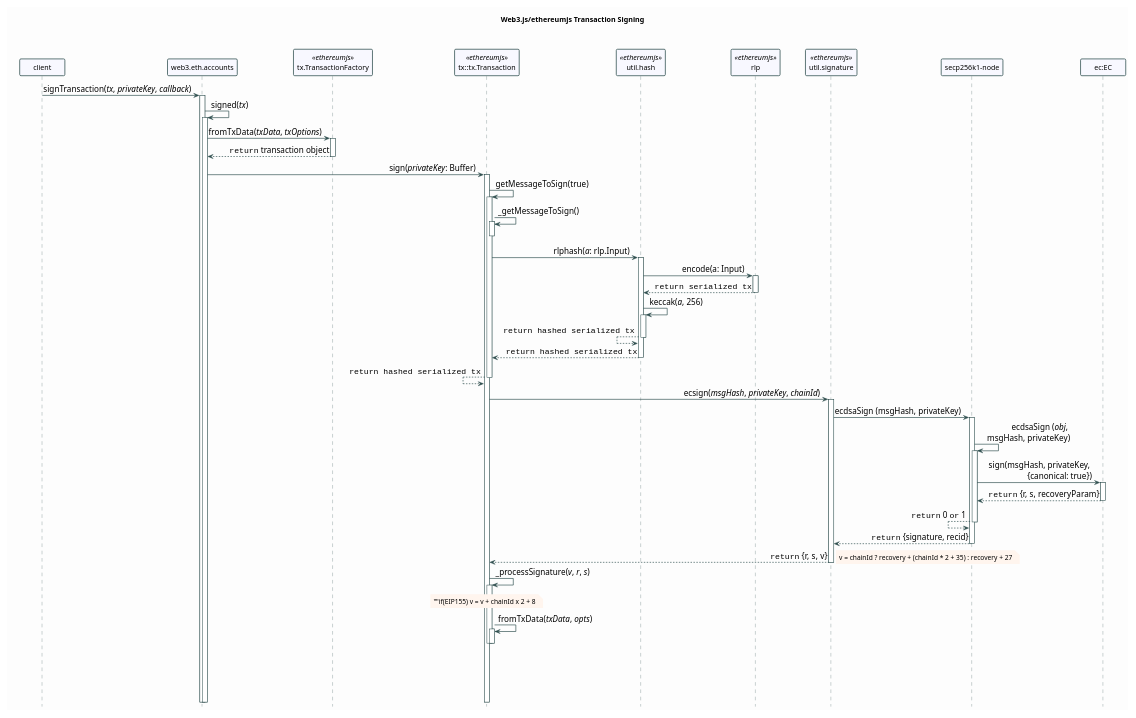
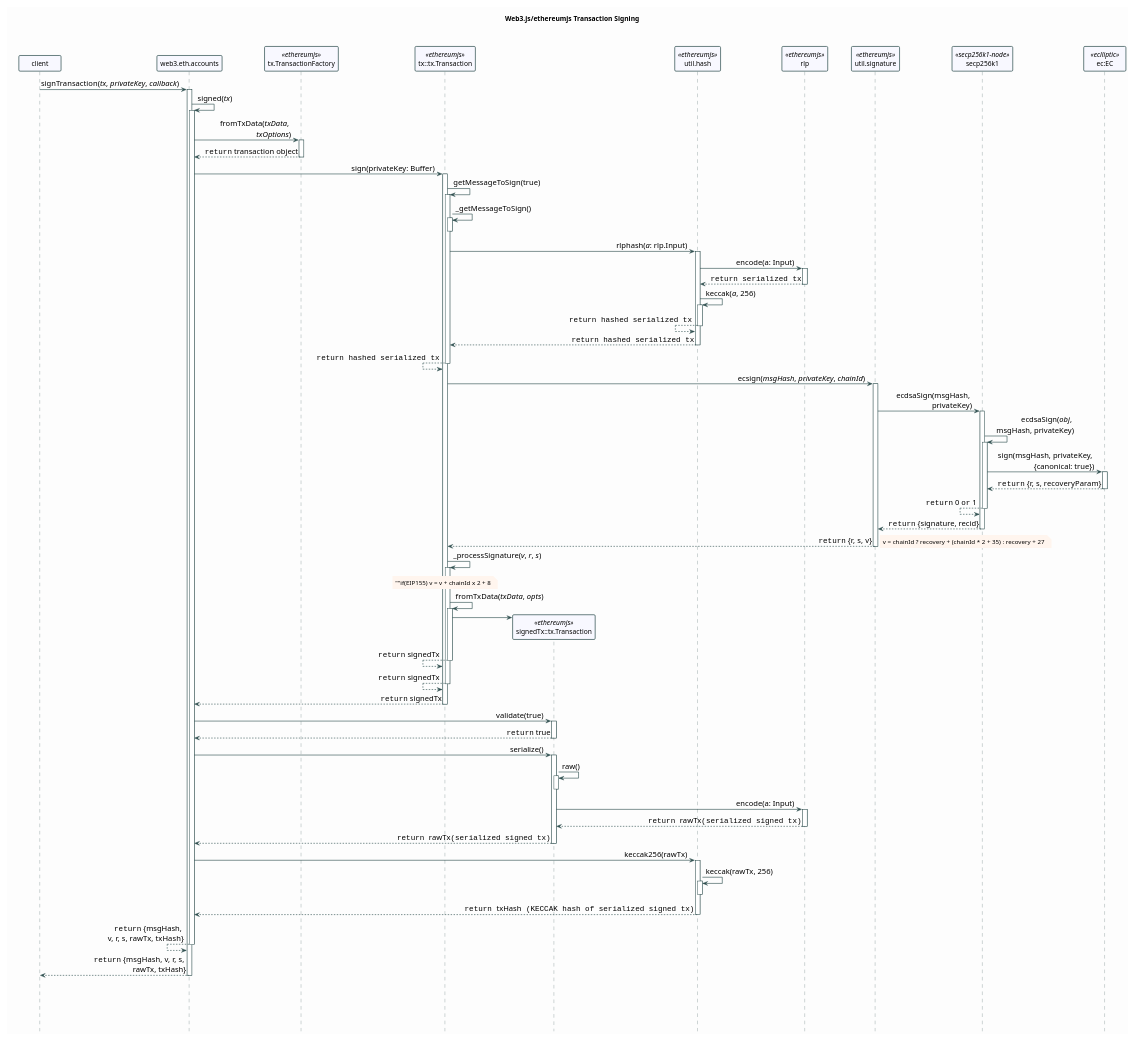
One commit to 3rdstage/models changed the first of 2 diagrams in blockchain/signing/transaction-signing-workflow-web3js.plantuml. Above: the diagram before and after it, drawn with PlantUML. The commit also changed 4 other files, not shown here.

```diff
--- a/blockchain/signing/transaction-signing-workflow-web3js.plantuml
+++ b/blockchain/signing/transaction-signing-workflow-web3js.plantuml
@@ -1,129 +1,149 @@
 @startuml
 
-' https://plantuml.com/class-diagram
-' https://plantuml.com/sequence-diagram
-' https://plantuml-documentation.readthedocs.io/en/latest/formatting/all-skin-params.html
-' https://plantuml-documentation.readthedocs.io/en/latest/formatting/all-skin-params.html#class
-' https://plantuml.com/creole
-' https://www.w3schools.com/colors/colors_names.asp
+' Useful references
+/'
+https://plantuml.com/class-diagram
+https://plantuml.com/sequence-diagram
+https://plantuml-documentation.readthedocs.io/en/latest/formatting/all-skin-params.html
+https://plantuml-documentation.readthedocs.io/en/latest/formatting/all-skin-params.html#class
+https://plantuml.com/creole
+https://www.w3schools.com/colors/colors_names.asp
+'/
 
 skinparam {
   'DefaultFontName Consolas
   DefaultFontName Monaco
   'DefaultFontName Lucida Console
   DefaultMonospacedFontName Consolas
   'DefaultFontStyle bold
 
   'BackgroundColor transparent
   BackgroundColor #fdfdfd
   PageMargin 10
   BoxPadding 100
   ParticipantPadding 20
 
   ArrowFontSize 16
   ArrowThickness 1
   MinClassWidth 75
   ClassFontStyle bold
 
   NoteBackgroundColor SeaShell
   NoteBorderColor transparent
   NoteShadowing false
 }
 
 
 skinparam Sequence{
 
   ParticipantFontName Consolas
   ArrowFontName Consolas
 
   DividerBorderThickness 1.5
   ReferenceBorderThickness 1.5
   MessageAlignment right
 
   ArrowColor DarkSlateGray
   ArrowThickness 1.3
   LifeLineBorderColor DarkSlateGray
   LifeLineBorderThickness 1.3
 
   ActorBorderColor DarkSlateGray
   ActorBackgroundColor GhostWhite
   ParticipantBorderColor DarkSlateGray
   ParticipantBorderThickness 1.5
   ParticipantBackgroundColor GhostWhite
 
   'BoxBackgroundColor transparent
   'BoxBorderColor transparent
 
   GroupBorderThickness 1.3
   GroupBorderColor DarkBlue
   GroupBodyBackgroundColor Azure
 }
 
 skinparam Group{
   BorderThickness 1.3
   BorderShadowing true
 }
 
 scale max 1536 width
 hide Circle
 hide Footbox
 title Web3.js/ethereumjs Transaction Signing\n\n
 'caption
 
 participant client
 participant "web3.eth.accounts" as accts
 participant "tx.TransactionFactory" as factory <<ethereumjs>>
 participant "tx::tx.Transaction" as tx <<ethereumjs>>
+participant "signedTx::tx.Transaction" as signedTx <<ethereumjs>>
 participant "util.hash" as hash <<ethereumjs>>
 participant "rlp" as rlp <<ethereumjs>>
 participant "util.signature" as signature <<ethereumjs>>
-participant "secp256k1-node" as secp256k1
-participant "ec:EC" as ec
+participant "secp256k1" as secp256k1 <<secp256k1-node>>
+participant "ec:EC" as ec <<eclliptic>>
 
 url of accts is [[https://github.com/ChainSafe/web3.js/blob/v1.7.0/packages/web3-eth-accounts/src/index.js]]
 url of factory is [[https://github.com/ethereumjs/ethereumjs-monorepo/blob/6e41fb32a4916cff53ec940d94e3c238f3c20d5f/packages/tx/src/transactionFactory.ts]]
 url of tx is [[https://github.com/ethereumjs/ethereumjs-monorepo/blob/6e41fb32a4916cff53ec940d94e3c238f3c20d5f/packages/tx/src/legacyTransaction.ts]]
+url of signedTx is [[https://github.com/ethereumjs/ethereumjs-monorepo/blob/6e41fb32a4916cff53ec940d94e3c238f3c20d5f/packages/tx/src/legacyTransaction.ts]]
 url of hash is [[https://github.com/ethereumjs/ethereumjs-monorepo/blob/6e41fb32a4916cff53ec940d94e3c238f3c20d5f/packages/util/src/hash.ts]]
 url of rlp is [[https://github.com/ethereumjs/rlp/blob/a0fc75b76e08939d9db5162640ba4363f6ce296e/src/index.ts]]
 url of signature is [[https://github.com/ethereumjs/ethereumjs-monorepo/blob/6e41fb32a4916cff53ec940d94e3c238f3c20d5f/packages/util/src/signature.ts]]
 url of secp256k1 is [[https://github.com/cryptocoinjs/secp256k1-node/tree/f73cd3a2b95ec6f549a2feabfbf2b8f17b30dcc7]]
 url of ec is [[https://github.com/indutny/elliptic/blob/43ac7f230069bd1575e1e4a58394a512303ba803/lib/elliptic/ec/index.js]]
 
 client -> accts ++ [[https://github.com/ChainSafe/web3.js/blob/v1.7.0/packages/web3-eth-accounts/src/index.js#L146]] : signTransaction(//tx//, //privateKey//, //callback//)
   accts -> accts ++ [[https://github.com/ChainSafe/web3.js/blob/v1.7.0/packages/web3-eth-accounts/src/index.js#L182]] : signed(//tx//)
-    accts -> factory ++ [[https://github.com/ethereumjs/ethereumjs-monorepo/blob/@ethereumjs/tx@3.3.2/packages/tx/src/transactionFactory.ts#L22]] : fromTxData(//txData//, //txOptions//)
+    accts -> factory ++ [[https://github.com/ethereumjs/ethereumjs-monorepo/blob/@ethereumjs/tx@3.3.2/packages/tx/src/transactionFactory.ts#L22]] : fromTxData(//txData//, \n//txOptions//)
       accts <-- factory -- : <font:courier>return</font> transaction object
-    accts -> tx ++ [[https://github.com/ethereumjs/ethereumjs-monorepo/blob/@ethereumjs/tx@3.3.2/packages/tx/src/baseTransaction.ts#L282]] : sign(//privateKey//: Buffer)
+    accts -> tx ++ [[https://github.com/ethereumjs/ethereumjs-monorepo/blob/@ethereumjs/tx@3.3.2/packages/tx/src/baseTransaction.ts#L282]] : sign(privateKey: Buffer)
       tx -> tx ++ [[https://github.com/ethereumjs/ethereumjs-monorepo/blob/6e41fb32a4916cff53ec940d94e3c238f3c20d5f/packages/tx/src/legacyTransaction.ts#L210]] : getMessageToSign(true)
         tx -> tx ++ [[https://github.com/ethereumjs/ethereumjs-monorepo/blob/6e41fb32a4916cff53ec940d94e3c238f3c20d5f/packages/tx/src/legacyTransaction.ts#L176]] : _getMessageToSign()
           tx --
         tx -> hash ++ [[https://github.com/ethereumjs/ethereumjs-monorepo/blob/6e41fb32a4916cff53ec940d94e3c238f3c20d5f/packages/util/src/hash.ts#L157]] : rlphash(//a//: rlp.Input)
           hash -> rlp ++ [[https://github.com/ethereumjs/rlp/blob/a0fc75b76e08939d9db5162640ba4363f6ce296e/src/index.ts#L14]] : encode(a: Input)
             hash <-- rlp -- : <font:courier>return serialized tx</font>
           hash -> hash ++ [[https://github.com/ethereumjs/ethereumjs-monorepo/blob/6e41fb32a4916cff53ec940d94e3c238f3c20d5f/packages/util/src/hash.ts#L12]] : keccak(//a//, 256)
             hash <-- hash -- : <font:courier>return hashed serialized tx</font>
           tx <-- hash -- : <font:courier>return hashed serialized tx</font>
         tx <-- tx -- : <font:courier>return hashed serialized tx</font>
       tx -> signature ++ [[https://github.com/ethereumjs/ethereumjs-monorepo/blob/6e41fb32a4916cff53ec940d94e3c238f3c20d5f/packages/util/src/signature.ts#L25]] : ecsign(//msgHash//, //privateKey//, //chainId//)
-        signature -> secp256k1 ++ [[https://github.com/cryptocoinjs/secp256k1-node/blob/f73cd3a2b95ec6f549a2feabfbf2b8f17b30dcc7/lib/index.js#L252]] :  ecdsaSign (msgHash, privateKey)
-          secp256k1 -> secp256k1 ++ [[https://github.com/cryptocoinjs/secp256k1-node/blob/f73cd3a2b95ec6f549a2feabfbf2b8f17b30dcc7/lib/elliptic.js#L302]] : ecdsaSign (//obj//, \n   msgHash, privateKey)
+        signature -> secp256k1 ++ [[https://github.com/cryptocoinjs/secp256k1-node/blob/f73cd3a2b95ec6f549a2feabfbf2b8f17b30dcc7/lib/index.js#L252]] :  ecdsaSign(msgHash, \nprivateKey)
+          secp256k1 -> secp256k1 ++ [[https://github.com/cryptocoinjs/secp256k1-node/blob/f73cd3a2b95ec6f549a2feabfbf2b8f17b30dcc7/lib/elliptic.js#L302]] : ecdsaSign(//obj//, \n   msgHash, privateKey)
             secp256k1 -> ec ++ [[https://github.com/indutny/elliptic/blob/43ac7f230069bd1575e1e4a58394a512303ba803/lib/elliptic/ec/index.js#L91]] : sign(msgHash, privateKey, \n   {canonical: true})
               secp256k1 <-- ec -- : <font:courier>return</font> {r, s, recoveryParam}
             secp256k1 <-- secp256k1 -- : <font:courier>return</font> 0 <font:courier>or</font> 1
           signature <-- secp256k1 --: <font:courier>return</font> {signature, recid}
         tx <-- signature -- : <font:courier>return</font> {r, s, v}
         note right
         ""v = chainId ? recovery + (chainId * 2 + 35) : recovery + 27""
         end note
       tx -> tx ++ [[https://github.com/ethereumjs/ethereumjs-monorepo/blob/6e41fb32a4916cff53ec940d94e3c238f3c20d5f/packages/tx/src/legacyTransaction.ts#L301]] : _processSignature(//v//, //r//, //s//)
         note over tx
         ""if(EIP155) v = v + chainId x 2 + 8
         end note
         tx -> tx ++ [[https://github.com/ethereumjs/ethereumjs-monorepo/blob/6e41fb32a4916cff53ec940d94e3c238f3c20d5f/packages/tx/src/legacyTransaction.ts#L33]] : fromTxData(//txData//, //opts//)
-          tx --
-        tx --
+          tx -> signedTx **
+          tx <-- tx -- : <font:courier>return</font> signedTx
+        tx <-- tx -- : <font:courier>return</font> signedTx
+      accts <-- tx -- : <font:courier>return</font> signedTx
+    accts -> signedTx ++ [[https://github.com/ethereumjs/ethereumjs-monorepo/blob/6e41fb32a4916cff53ec940d94e3c238f3c20d5f/packages/tx/src/baseTransaction.ts#L149]] : validate(true)
+      accts <-- signedTx -- : <font:courier>return</font> true
+    accts -> signedTx ++ [[https://github.com/ethereumjs/ethereumjs-monorepo/blob/6e41fb32a4916cff53ec940d94e3c238f3c20d5f/packages/tx/src/legacyTransaction.ts#L172]] : serialize()
+      signedTx -> signedTx ++ [[https://github.com/ethereumjs/ethereumjs-monorepo/blob/6e41fb32a4916cff53ec940d94e3c238f3c20d5f/packages/tx/src/legacyTransaction.ts#L149]] : raw()
+        signedTx --
+      signedTx -> rlp ++ [[https://github.com/ethereumjs/rlp/blob/a0fc75b76e08939d9db5162640ba4363f6ce296e/src/index.ts#L14]] : encode(a: Input)
+        signedTx <-- rlp -- : <font:courier>return ""rawTx""(serialized signed tx)</font>
+      accts <-- signedTx -- : <font:courier>return ""rawTx""(serialized signed tx)</font>
+    accts -> hash ++ [[https://github.com/ethereumjs/ethereumjs-monorepo/blob/6e41fb32a4916cff53ec940d94e3c238f3c20d5f/packages/util/src/hash.ts#L37]]: keccak256(rawTx)
+      hash -> hash ++ [[https://github.com/ethereumjs/ethereumjs-monorepo/blob/6e41fb32a4916cff53ec940d94e3c238f3c20d5f/packages/util/src/hash.ts#L12]] : keccak(rawTx, 256)
+        hash --
+      accts <-- hash -- : <font:courier>return ""txHash"" (KECCAK hash of serialized signed tx)</font>
 
-
+    accts <-- accts -- : <font:courier>return</font> {msgHash, \n   v, r, s, rawTx, txHash} /' return of signed() function '/
+  client <-- accts -- : <font:courier>return</font> {msgHash, v, r, s, \n   rawTx, txHash}
 ||100||
 
 @enduml
```
